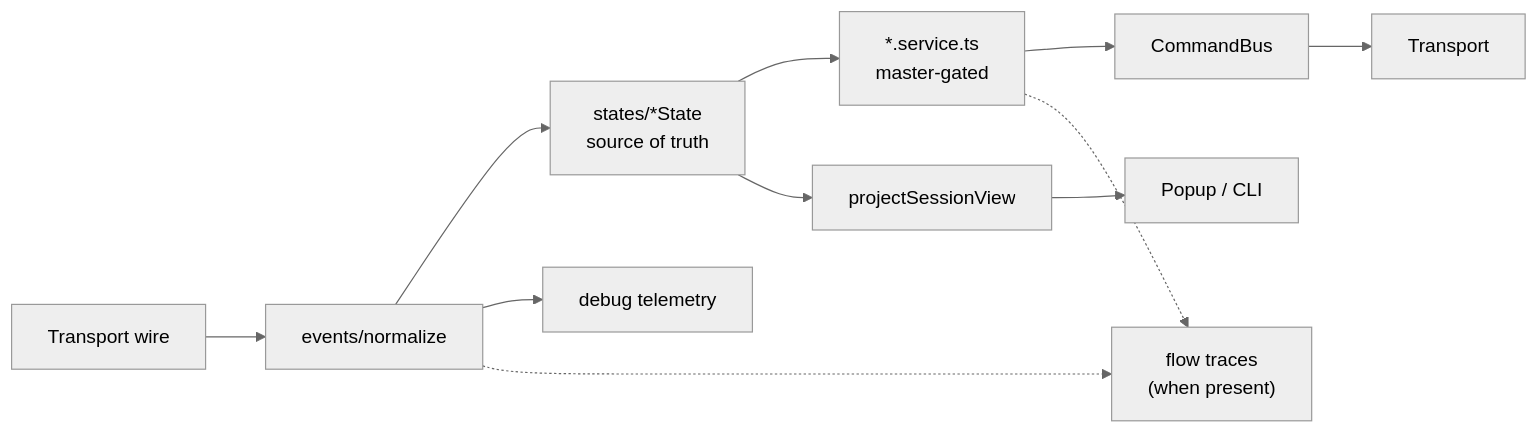
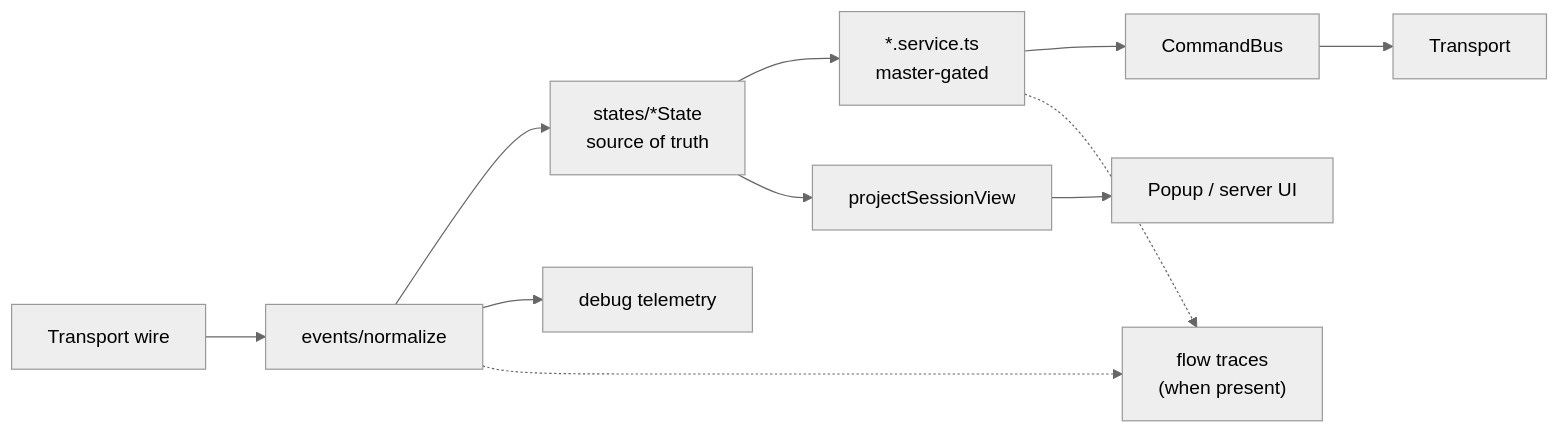
Before and after one commit to humbertogontijo/stonegy-helper: the diagram in ARCHITECTURE.md, drawn with Mermaid (neutral theme). The commit also changed other lines of this file and 446 other files, not shown here.

````diff
--- a/ARCHITECTURE.md
+++ b/ARCHITECTURE.md
@@ -7,13 +7,13 @@
 ```mermaid
 flowchart LR
   Wire["Transport wire"] --> Norm["events/normalize"]
   Norm --> Domains["states/*State<br/>source of truth"]
   Domains --> Cores["*.service.ts<br/>master-gated"]
   Cores --> Bus["CommandBus"]
   Bus --> Transport["Transport"]
   Domains --> View["projectSessionView"]
-  View --> UI["Popup / CLI"]
+  View --> UI["Popup / server UI"]
   Norm --> Debug["debug telemetry"]
   Norm -.-> Traces["flow traces<br/>(when present)"]
   Cores -.-> Traces
 ```
````
